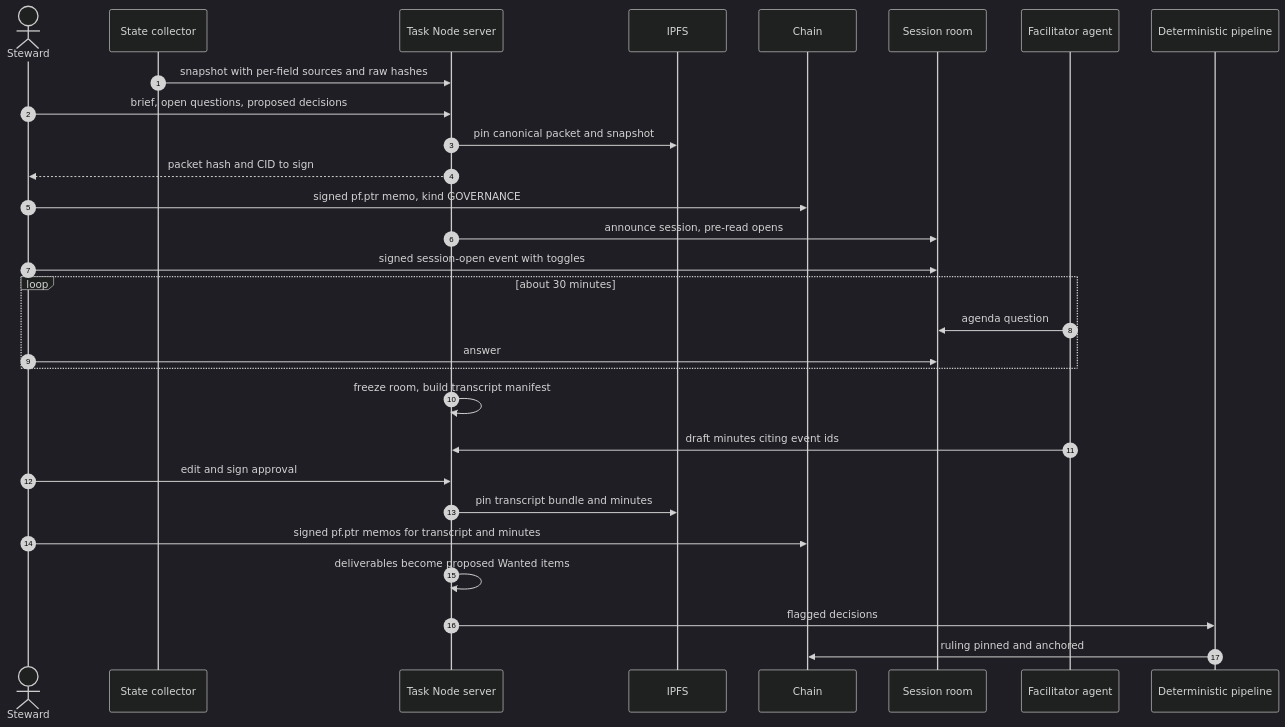
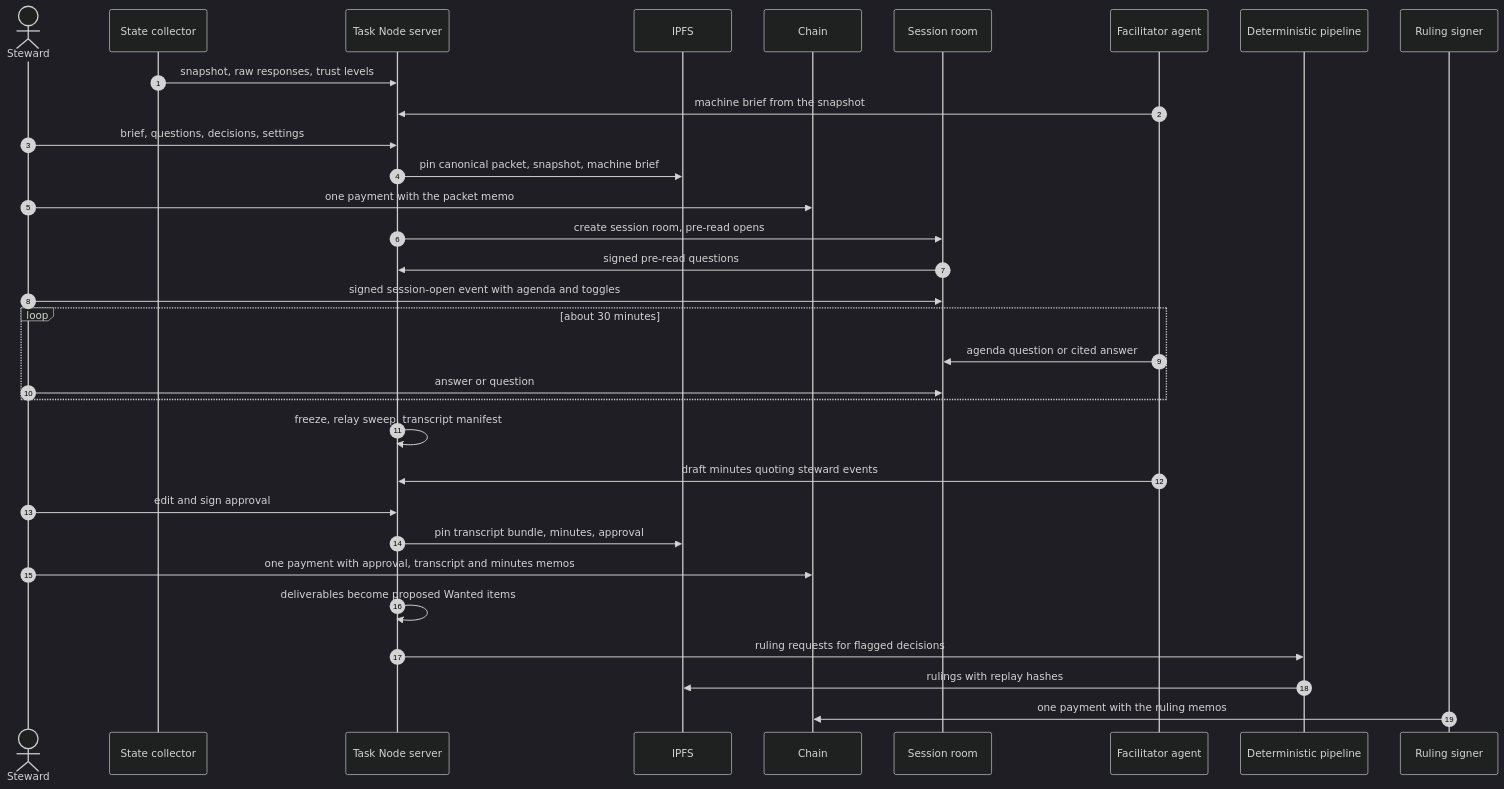
Before and after one commit to postfiatorg/postfiatl1v2: the first of 2 diagrams in big_milestone/pillars/01-hive-governance.md, drawn with Mermaid (dark theme). The commit also changed other lines of this file and 22 other files, not shown here.

````diff
--- a/big_milestone/pillars/01-hive-governance.md
+++ b/big_milestone/pillars/01-hive-governance.md
@@ -69,31 +59,34 @@
 ```mermaid
 sequenceDiagram
     autonumber
     actor F as Steward
     participant C as State collector
     participant S as Task Node server
     participant I as IPFS
     participant L as Chain
     participant H as Session room
     participant A as Facilitator agent
     participant D as Deterministic pipeline
-    C->>S: snapshot with per-field sources and raw hashes
-    F->>S: brief, open questions, proposed decisions
-    S->>I: pin canonical packet and snapshot
-    S-->>F: packet hash and CID to sign
-    F->>L: signed pf.ptr memo, kind GOVERNANCE
-    S->>H: announce session, pre-read opens
-    F->>H: signed session-open event with toggles
+    participant K as Ruling signer
+    C->>S: snapshot, raw responses, trust levels
+    A->>S: machine brief from the snapshot
+    F->>S: brief, questions, decisions, settings
+    S->>I: pin canonical packet, snapshot, machine brief
+    F->>L: one payment with the packet memo
+    S->>H: create session room, pre-read opens
+    H->>S: signed pre-read questions
+    F->>H: signed session-open event with agenda and toggles
     loop about 30 minutes
-        A->>H: agenda question
-        F->>H: answer
+        A->>H: agenda question or cited answer
+        F->>H: answer or question
     end
-    S->>S: freeze room, build transcript manifest
-    A->>S: draft minutes citing event ids
+    S->>S: freeze, relay sweep, transcript manifest
+    A->>S: draft minutes quoting steward events
     F->>S: edit and sign approval
-    S->>I: pin transcript bundle and minutes
-    F->>L: signed pf.ptr memos for transcript and minutes
+    S->>I: pin transcript bundle, minutes, approval
+    F->>L: one payment with approval, transcript and minutes memos
     S->>S: deliverables become proposed Wanted items
-    S->>D: flagged decisions
-    D->>L: ruling pinned and anchored
+    S->>D: ruling requests for flagged decisions
+    D->>I: rulings with replay hashes
+    K->>L: one payment with the ruling memos
 ```
````
